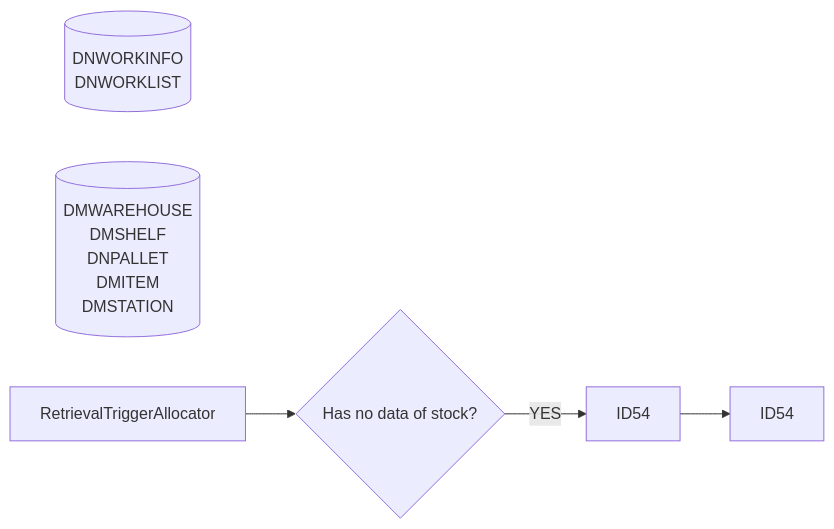
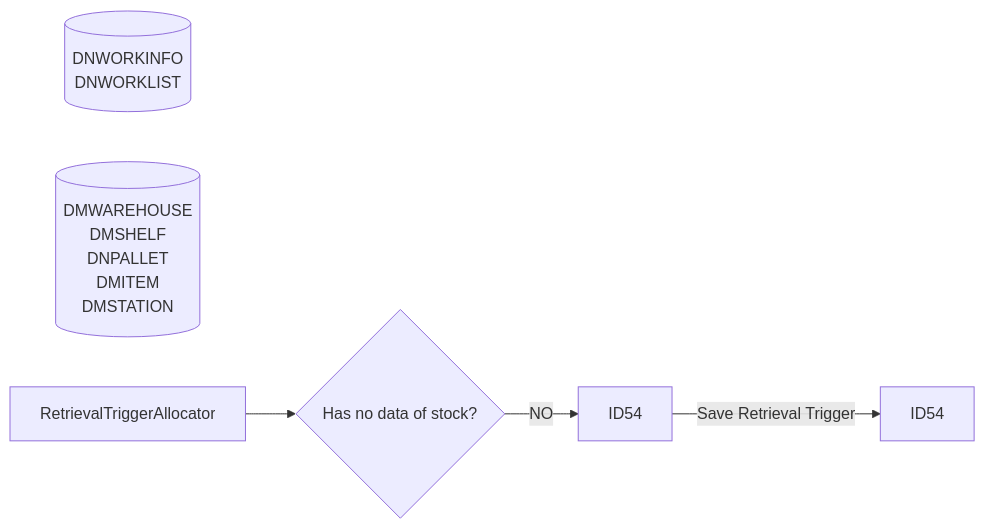
The third of 12 diagrams in Basic-Design/DFD-WMS/Retrieval/Stacked-Empty-Pallet.md (luthfiadityaa/SimeDarby-Wiki), drawn with Mermaid before and after one commit.

Commit message:
Updated Stacked Empty Pallet

```diff
--- a/Basic-Design/DFD-WMS/Retrieval/Stacked-Empty-Pallet.md
+++ b/Basic-Design/DFD-WMS/Retrieval/Stacked-Empty-Pallet.md
@@ -86,22 +86,22 @@
 ::: mermaid
 flowchart LR    
 
     tableList-insert[("
         DNWORKINFO
         DNWORKLIST
     ")]
 
      tableList-select[("
         DMWAREHOUSE
         DMSHELF
         DNPALLET
         DMITEM
         DMSTATION
     ")]
 
     className[RetrievalTriggerAllocator]
-    className --> Cond3{Has no data of stock?} --> | YES | P1[ID54] --> P2[ID54]
+    className --> Cond3{Has no data of stock?} --> |NO| P1[ID54] --> |Save Retrieval Trigger| P2[ID54]
 
     classDef leftAlign text-align:left;
     class input leftAlign;
 :::
```
